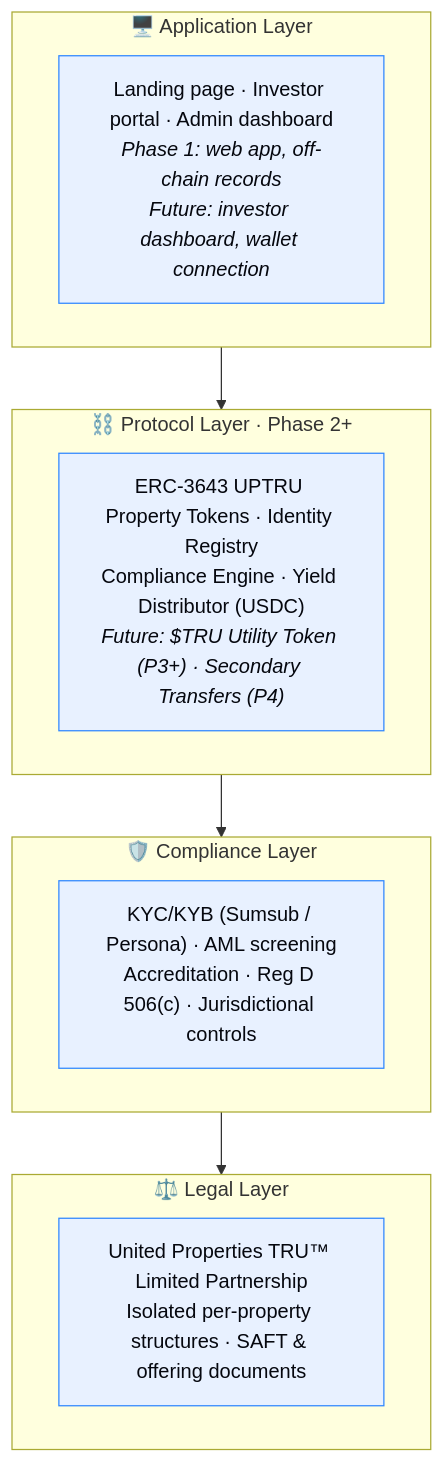
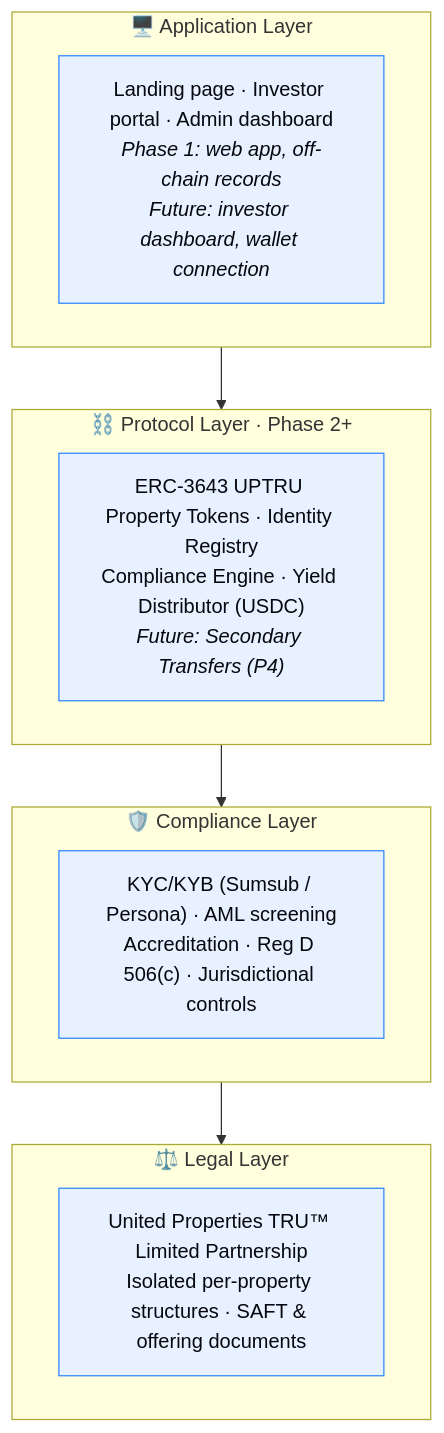
Before and after one commit to Gur-noor/Property-United: the diagram in docs/platform/architecture.md, drawn with Mermaid. The commit also changed 15 other files, not shown here.

First line of the commit message:
Whitepaper: single-token model — remove $TRU utility token entirely

````diff
--- a/docs/platform/architecture.md
+++ b/docs/platform/architecture.md
@@ -11,19 +11,19 @@
 ```mermaid
 flowchart TB
     subgraph APP["🖥️ Application Layer"]
         A1["Landing page · Investor portal · Admin dashboard<br/><i>Phase 1: web app, off-chain records</i><br/><i>Future: investor dashboard, wallet connection</i>"]
     end
     subgraph PROTO["⛓️ Protocol Layer · Phase 2+"]
-        A2["ERC-3643 UPTRU Property Tokens · Identity Registry<br/>Compliance Engine · Yield Distributor (USDC)<br/><i>Future: $TRU Utility Token (P3+) · Secondary Transfers (P4)</i>"]
+        A2["ERC-3643 UPTRU Property Tokens · Identity Registry<br/>Compliance Engine · Yield Distributor (USDC)<br/><i>Future: Secondary Transfers (P4)</i>"]
     end
     subgraph COMP["🛡️ Compliance Layer"]
         A3["KYC/KYB (Sumsub / Persona) · AML screening<br/>Accreditation · Reg D 506(c) · Jurisdictional controls"]
     end
     subgraph LEGAL["⚖️ Legal Layer"]
         A4["United Properties TRU™ Limited Partnership<br/>Isolated per-property structures · SAFT & offering documents"]
     end
     APP --> PROTO --> COMP --> LEGAL
 
     classDef layer fill:#e8f1ff,stroke:#2E86FF,color:#05070e;
     class A1,A2,A3,A4 layer;
 ```
````
